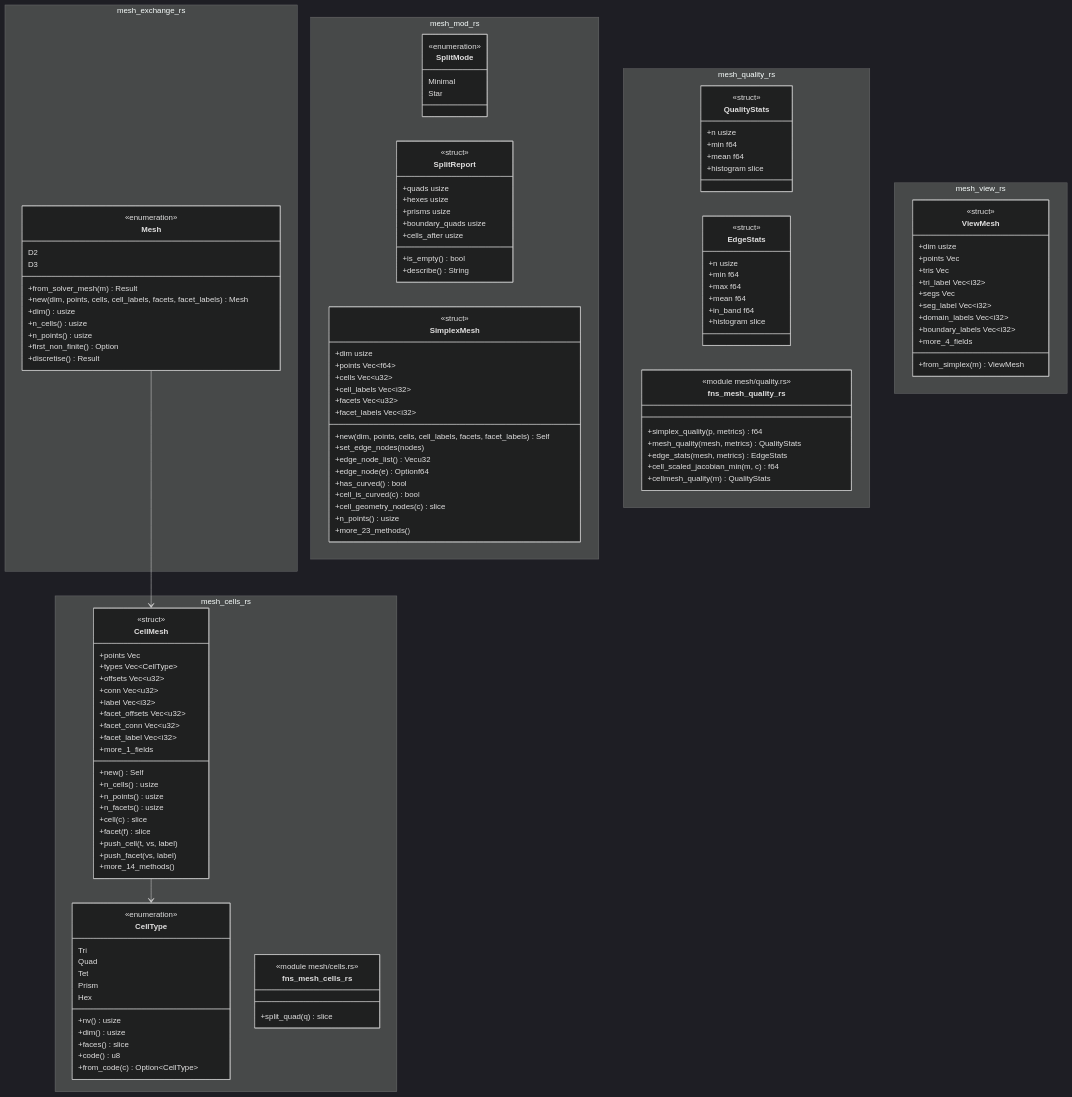
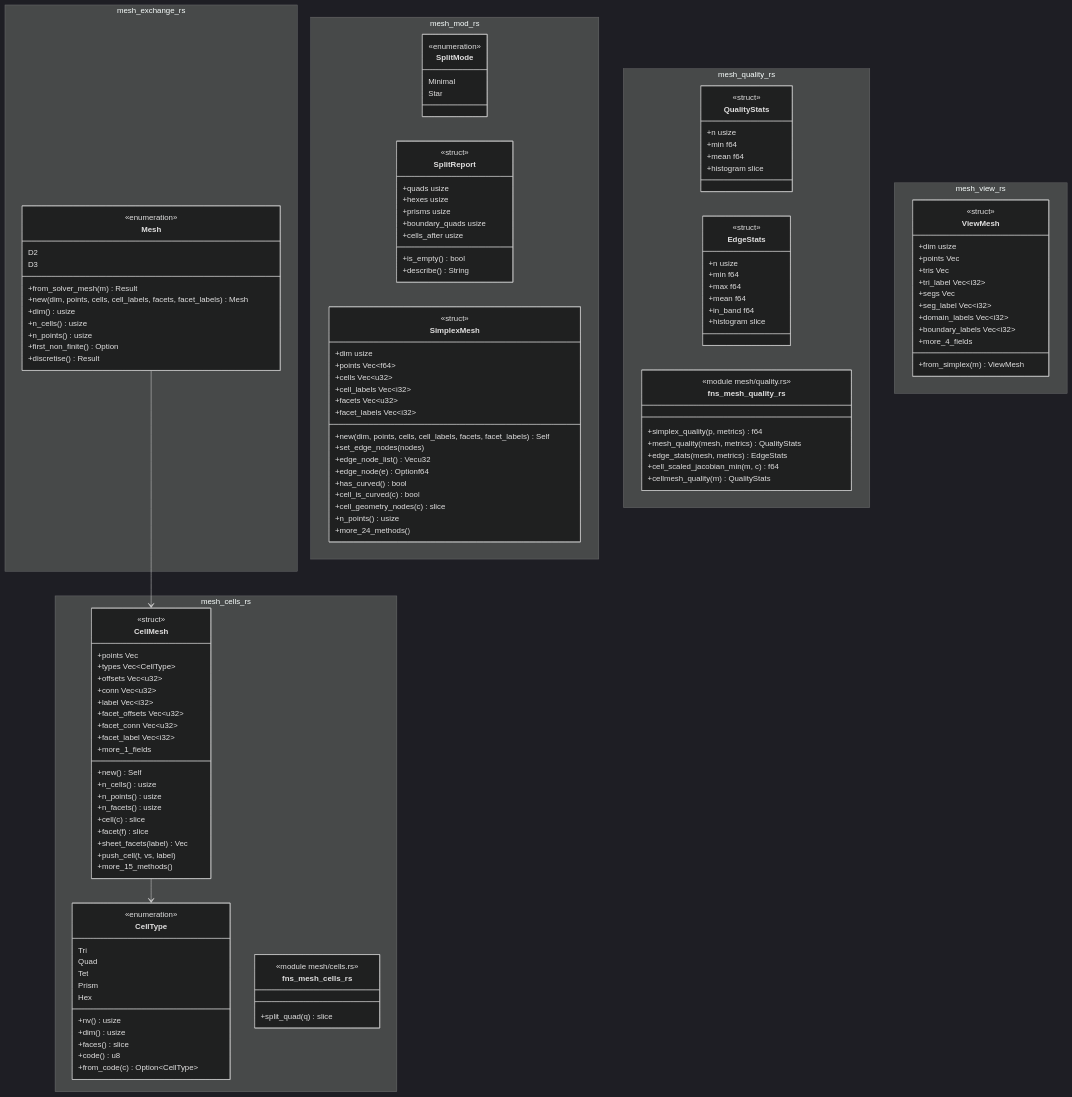
Before and after one commit to p-j-r/nyx: the diagram in docs/architecture/c4/4-code/femcore/mesh.md, drawn with Mermaid (dark theme). The commit also changed other lines of this file and 208 other files, not shown here.

```diff
--- a/docs/architecture/c4/4-code/femcore/mesh.md
+++ b/docs/architecture/c4/4-code/femcore/mesh.md
@@ -86,9 +87,9 @@
         +n_facets() usize
         +cell(c) slice
         +facet(f) slice
+        +sheet_facets(label) Vec
         +push_cell(t, vs, label)
-        +push_facet(vs, label)
-        +more_14_methods()
+        +more_15_methods()
     }
     class fns_mesh_cells_rs {
         <<module mesh/cells.rs>>
@@ -141,7 +142,7 @@
         +cell_is_curved(c) bool
         +cell_geometry_nodes(c) slice
         +n_points() usize
-        +more_23_methods()
+        +more_24_methods()
     }
   }
   namespace mesh_quality_rs {
```
